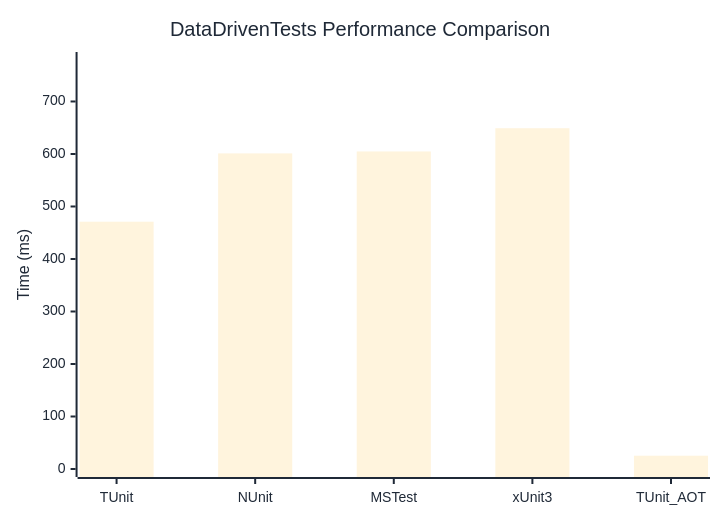
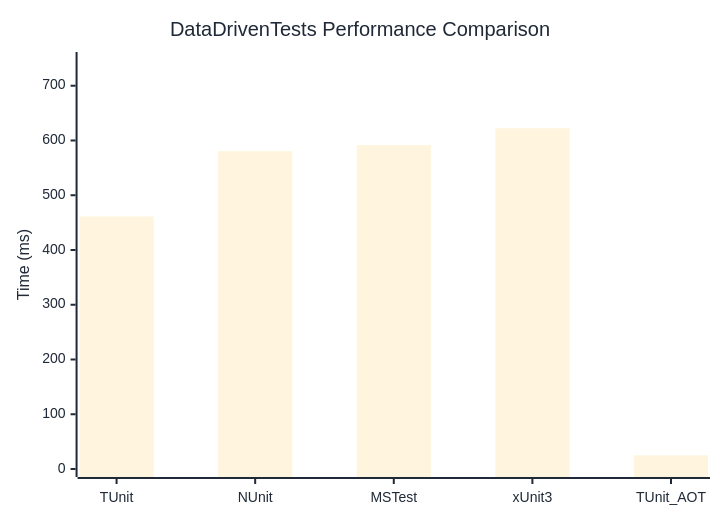
The diagram in docs/docs/benchmarks/DataDrivenTests.md (thomhurst/TUnit), drawn with Mermaid before and after one commit. The commit also changed other lines of this file and 17 other files, not shown here.

````diff
--- a/docs/docs/benchmarks/DataDrivenTests.md
+++ b/docs/docs/benchmarks/DataDrivenTests.md
@@ -27,37 +27,37 @@
 ```mermaid
 %%{init: {
   'theme':'base',
   'themeVariables': {
     'primaryColor': '#2563eb',
     'primaryTextColor': '#1f2937',
     'primaryBorderColor': '#1e40af',
     'lineColor': '#6b7280',
     'secondaryColor': '#7c3aed',
     'tertiaryColor': '#dc2626',
     'background': '#ffffff',
     'mainBkg': '#2563eb',
     'secondBkg': '#7c3aed',
     'tertiaryBkg': '#dc2626',
     'clusterBkg': '#f3f4f6',
     'edgeLabelBackground': '#ffffff',
     'tertiaryTextColor': '#1f2937',
     'pie1': '#2563eb',
     'pie2': '#7c3aed',
     'pie3': '#dc2626',
     'pie4': '#f59e0b',
     'pie5': '#10b981',
     'pie6': '#06b6d4',
     'pie7': '#ec4899',
     'pie8': '#6366f1',
     'pie9': '#84cc16',
     'pie10': '#f97316',
     'pie11': '#14b8a6',
     'pie12': '#a855f7'
   }
 }}%%
 xychart-beta
   title "DataDrivenTests Performance Comparison"
   x-axis ["TUnit", "NUnit", "MSTest", "xUnit3", "TUnit_AOT"]
-  y-axis "Time (ms)" 0 --> 779
-  bar [471.01, 601.13, 604.81, 649.09, 25.31]
+  y-axis "Time (ms)" 0 --> 747
+  bar [461.16, 580.4, 591.58, 622.3, 25.03]
 ```
````
